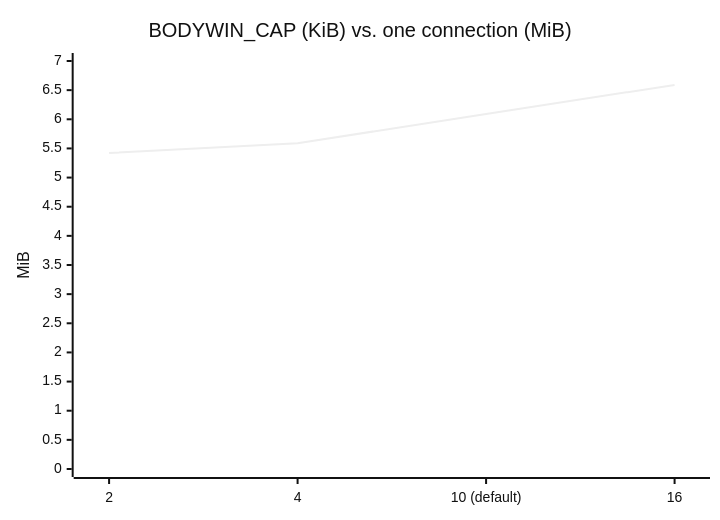
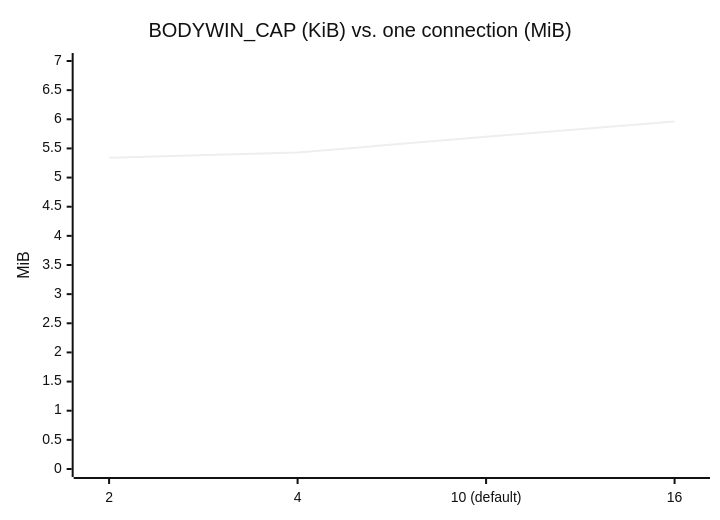
The sixth of 9 diagrams in docs/arch/memory.md (Hakkadaikon/wired), drawn with Mermaid (neutral theme) before and after one commit. The commit also changed other lines of this file and 17 other files, not shown here.

````diff
--- a/docs/arch/memory.md
+++ b/docs/arch/memory.md
@@ -133,7 +139,7 @@
 ```mermaid
 xychart-beta
     title "BODYWIN_CAP (KiB) vs. one connection (MiB)"
     x-axis ["2", "4", "10 (default)", "16"]
     y-axis "MiB" 0 --> 7
-    line [5.42, 5.59, 6.09, 6.59]
+    line [5.34, 5.43, 5.70, 5.96]
 ```
````
